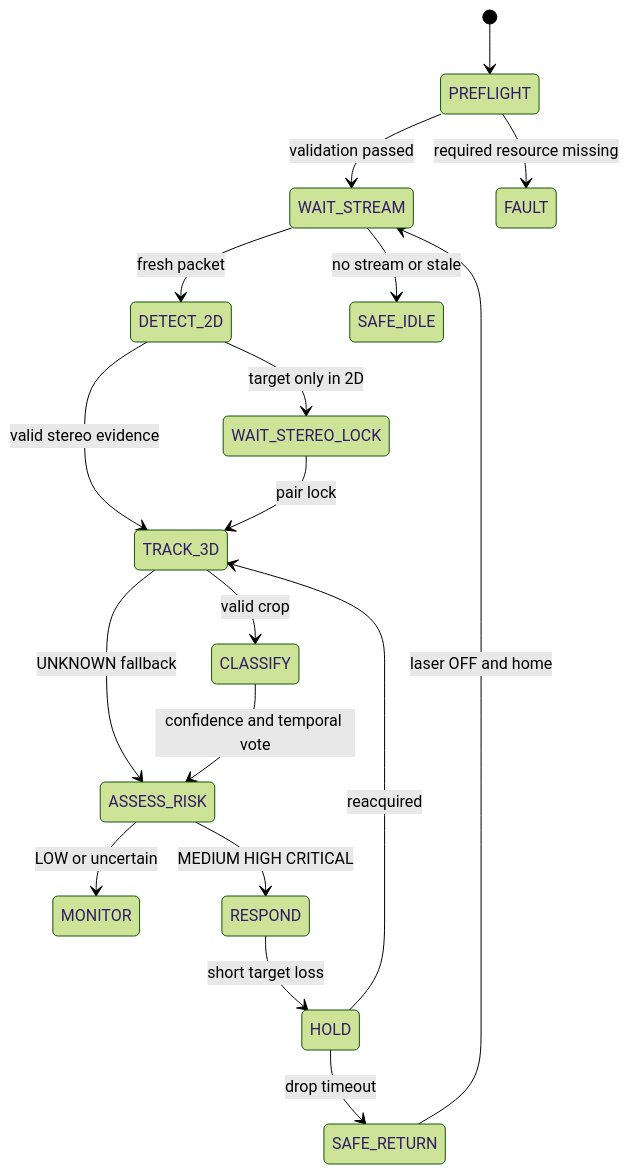
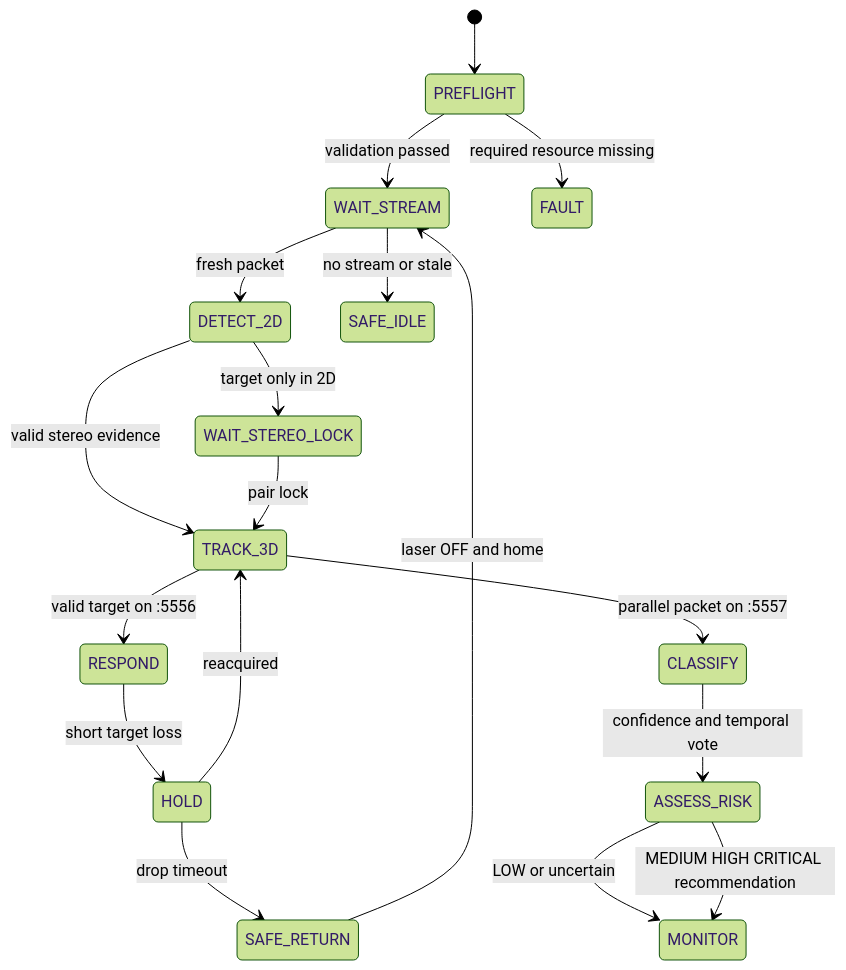
The second of 2 diagrams in README.md (Kimjw2024/2026ESWContest_free_AEGIS), drawn with Mermaid (forest theme) before and after one commit. The commit also changed other lines of this file and 10 other files, not shown here.

````diff
--- a/README.md
+++ b/README.md
@@ -120,20 +120,20 @@
 ```mermaid
 stateDiagram-v2
     [*] --> PREFLIGHT
     PREFLIGHT --> WAIT_STREAM: validation passed
     PREFLIGHT --> FAULT: required resource missing
     WAIT_STREAM --> DETECT_2D: fresh packet
     WAIT_STREAM --> SAFE_IDLE: no stream or stale
     DETECT_2D --> WAIT_STEREO_LOCK: target only in 2D
     DETECT_2D --> TRACK_3D: valid stereo evidence
     WAIT_STEREO_LOCK --> TRACK_3D: pair lock
-    TRACK_3D --> CLASSIFY: valid crop
-    TRACK_3D --> ASSESS_RISK: UNKNOWN fallback
+    TRACK_3D --> RESPOND: valid target on :5556
+    TRACK_3D --> CLASSIFY: parallel packet on :5557
     CLASSIFY --> ASSESS_RISK: confidence and temporal vote
     ASSESS_RISK --> MONITOR: LOW or uncertain
-    ASSESS_RISK --> RESPOND: MEDIUM HIGH CRITICAL
+    ASSESS_RISK --> MONITOR: MEDIUM HIGH CRITICAL recommendation
     RESPOND --> HOLD: short target loss
     HOLD --> TRACK_3D: reacquired
     HOLD --> SAFE_RETURN: drop timeout
     SAFE_RETURN --> WAIT_STREAM: laser OFF and home
 ```
````
